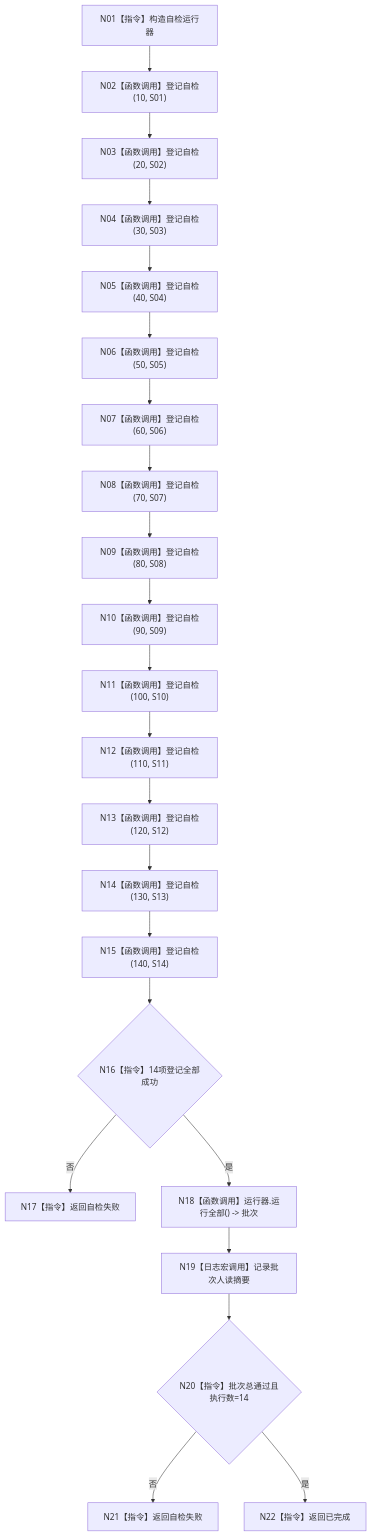
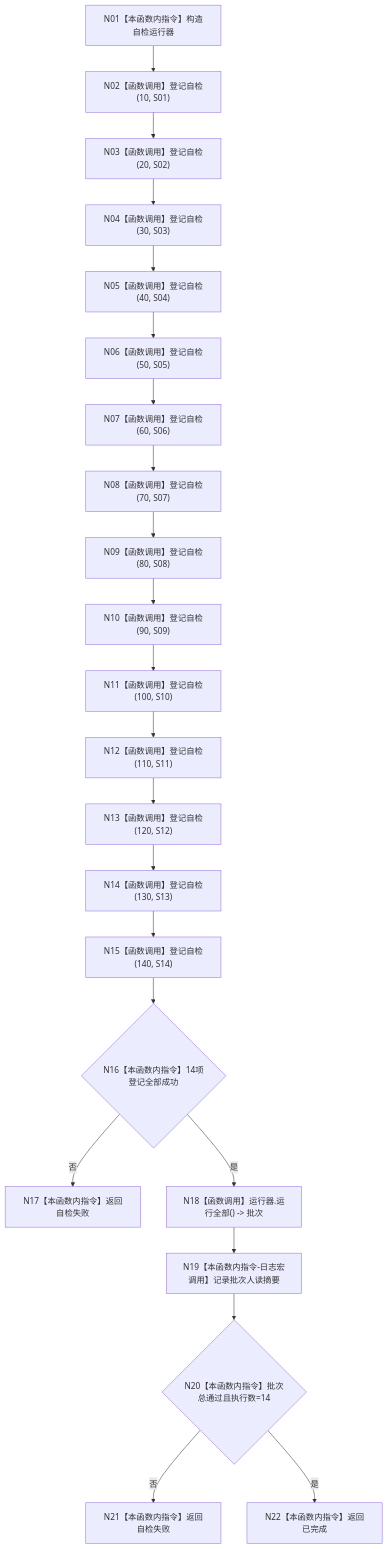
Before and after one commit to chunhaizh-cyber/HY-Ego: the diagram in 流程图/20260726_ENTRY-ONLY_F15_运行完整自检模式_施工流程图_v0.1.md, drawn with Mermaid. The commit also changed other lines of this file and 88 other files, not shown here.

````diff
--- a/流程图/20260726_ENTRY-ONLY_F15_运行完整自检模式_施工流程图_v0.1.md
+++ b/流程图/20260726_ENTRY-ONLY_F15_运行完整自检模式_施工流程图_v0.1.md
@@ -8,24 +28,24 @@
 ```mermaid
 flowchart TD
-    N01["N01【指令】构造自检运行器"] --> N02["N02【函数调用】登记自检(10, S01)"]
+    N01["N01【本函数内指令】构造自检运行器"] --> N02["N02【函数调用】登记自检(10, S01)"]
     N02 --> N03["N03【函数调用】登记自检(20, S02)"]
     N03 --> N04["N04【函数调用】登记自检(30, S03)"]
     N04 --> N05["N05【函数调用】登记自检(40, S04)"]
     N05 --> N06["N06【函数调用】登记自检(50, S05)"]
     N06 --> N07["N07【函数调用】登记自检(60, S06)"]
     N07 --> N08["N08【函数调用】登记自检(70, S07)"]
     N08 --> N09["N09【函数调用】登记自检(80, S08)"]
     N09 --> N10["N10【函数调用】登记自检(90, S09)"]
     N10 --> N11["N11【函数调用】登记自检(100, S10)"]
     N11 --> N12["N12【函数调用】登记自检(110, S11)"]
     N12 --> N13["N13【函数调用】登记自检(120, S12)"]
     N13 --> N14["N14【函数调用】登记自检(130, S13)"]
     N14 --> N15["N15【函数调用】登记自检(140, S14)"]
-    N15 --> N16{"N16【指令】14项登记全部成功"}
-    N16 -- "否" --> R1["N17【指令】返回自检失败"]
+    N15 --> N16{"N16【本函数内指令】14项登记全部成功"}
+    N16 -- "否" --> R1["N17【本函数内指令】返回自检失败"]
     N16 -- "是" --> N18["N18【函数调用】运行器.运行全部() -> 批次"]
-    N18 --> N19["N19【日志宏调用】记录批次人读摘要"]
-    N19 --> N20{"N20【指令】批次总通过且执行数=14"}
-    N20 -- "否" --> R2["N21【指令】返回自检失败"]
-    N20 -- "是" --> N22["N22【指令】返回已完成"]
+    N18 --> N19["N19【本函数内指令-日志宏调用】记录批次人读摘要"]
+    N19 --> N20{"N20【本函数内指令】批次总通过且执行数=14"}
+    N20 -- "否" --> R2["N21【本函数内指令】返回自检失败"]
+    N20 -- "是" --> N22["N22【本函数内指令】返回已完成"]
 ```
````
